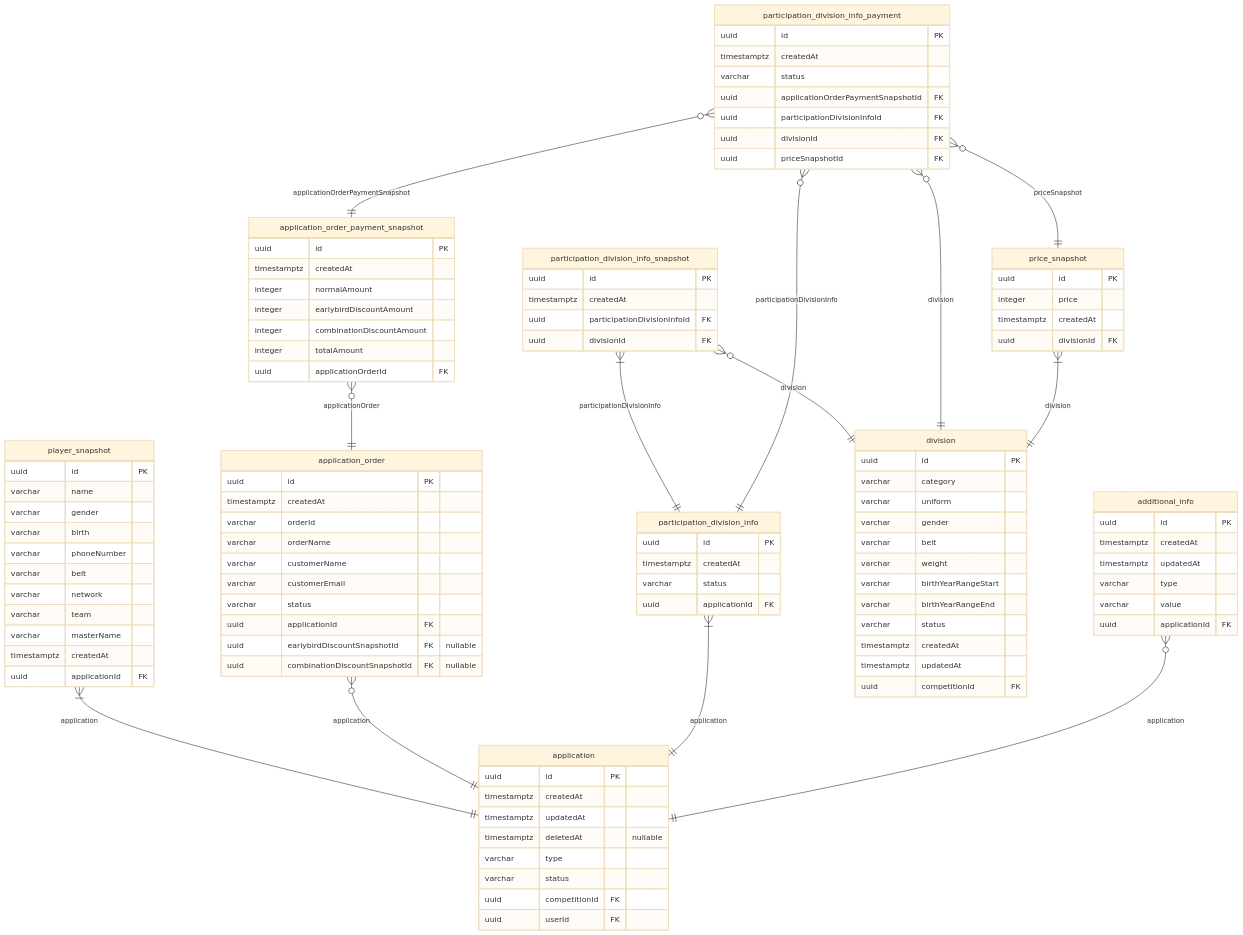
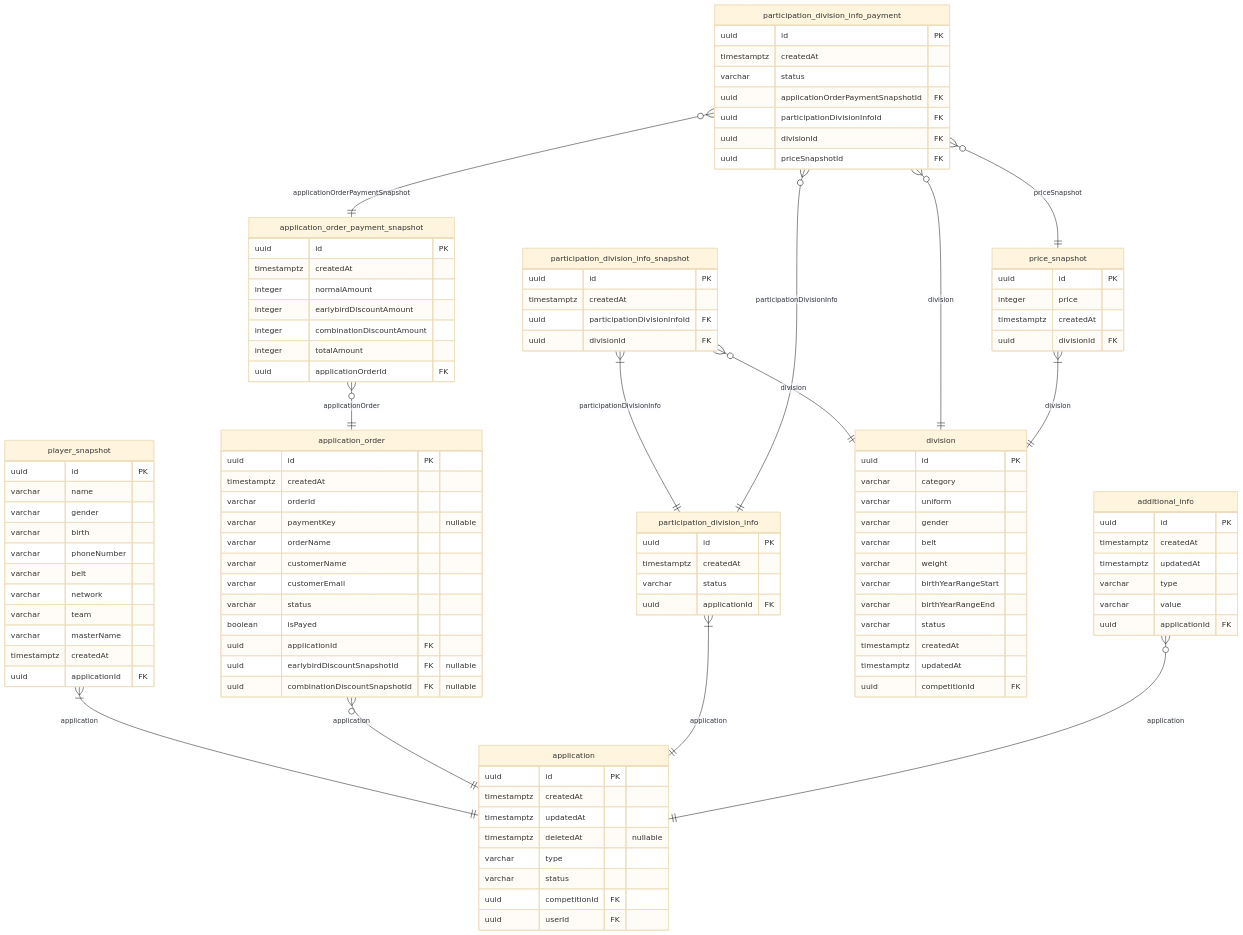
The second of 6 diagrams in docs/najiha-v2-erd.md (NAJUHA-JIUJITSU/najuha-v2-be), drawn with Mermaid (base theme) before and after one commit. The commit also changed other lines of this file and 75 other files, not shown here.

```diff
--- a/docs/najiha-v2-erd.md
+++ b/docs/najiha-v2-erd.md
@@ -161,10 +161,12 @@
     uuid id PK
     timestamptz createdAt
     varchar orderId
+    varchar paymentKey "nullable"
     varchar orderName
     varchar customerName
     varchar customerEmail
     varchar status
+    boolean isPayed
     uuid applicationId FK
     uuid earlybirdDiscountSnapshotId FK "nullable"
     uuid combinationDiscountSnapshotId FK "nullable"
```
